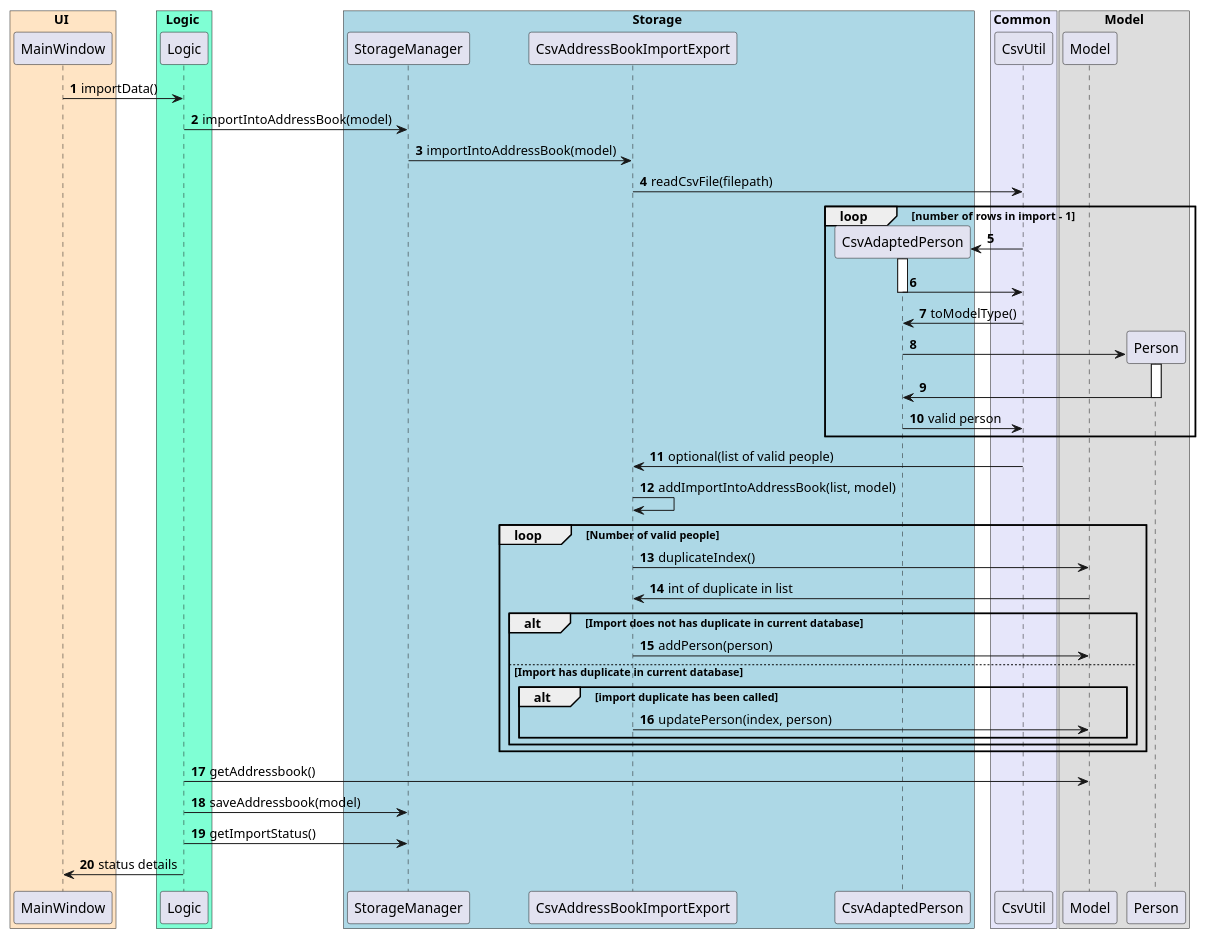
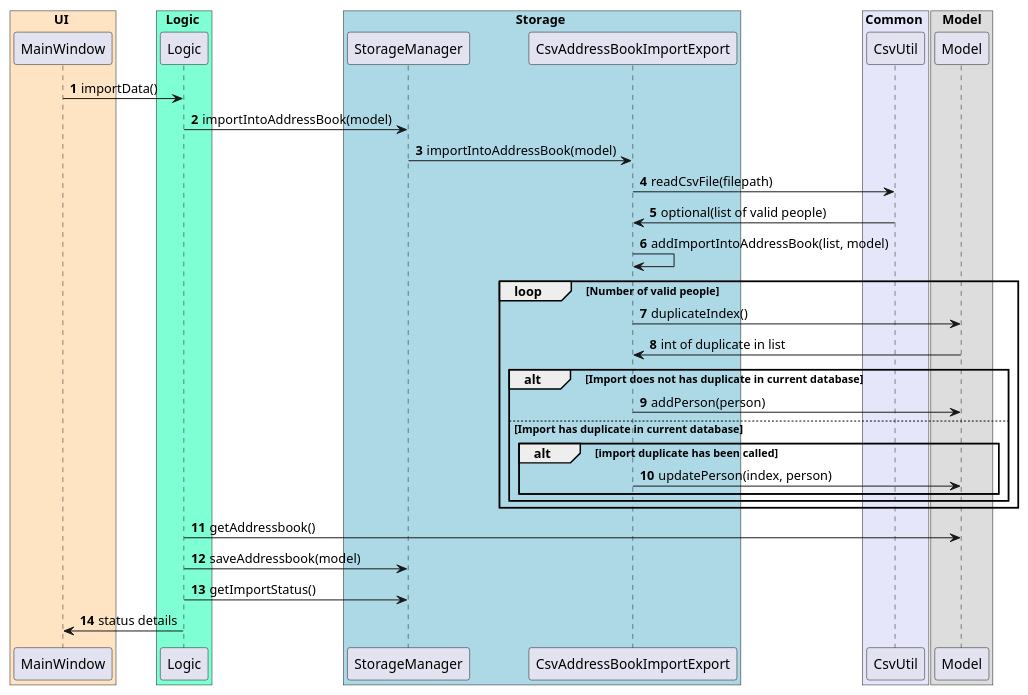
Before and after one commit to pranav-ganesh/tp: the diagram in docs/diagrams/ImportCsvSequenceDiagram.puml, drawn with PlantUML. The commit also changed 10 other files, not shown here.

```diff
--- a/docs/diagrams/ImportCsvSequenceDiagram.puml
+++ b/docs/diagrams/ImportCsvSequenceDiagram.puml
@@ -1,88 +1,68 @@
 @startuml
 'https://plantuml.com/sequence-diagram
 
 autonumber
 
 participant MainWindow
 participant Logic
 participant CsvAddressBookImportExport
 participant CsvUtil
 
-participant CsvAdaptedPerson
+
 participant Model
-participant Person
+
 
 box UI #Bisque
     participant MainWindow
 end box
 
 
 box Logic #AquaMarine
     participant Logic
 end box
 
 box Storage #LightBlue
     participant StorageManager
     participant CsvAddressBookImportExport
-    participant CsvAdaptedPerson
 end box
 box Common #Lavender
     participant CsvUtil
 end box
 
 
 box Model
     participant Model
-    participant Person
 end box
 
 
 
 
 MainWindow -> Logic: importData()
 Logic -> StorageManager: importIntoAddressBook(model)
 StorageManager -> CsvAddressBookImportExport: importIntoAddressBook(model)
 
 CsvAddressBookImportExport -> CsvUtil: readCsvFile(filepath)
-
-loop number of  rows in import - 1
-    create CsvAdaptedPerson
-    CsvUtil -> CsvAdaptedPerson
-    activate CsvAdaptedPerson
-
-    CsvAdaptedPerson -> CsvUtil
-    deactivate CsvAdaptedPerson
-
-    CsvUtil -> CsvAdaptedPerson: toModelType()
-
-    create Person
-    CsvAdaptedPerson -> Person
-    activate Person
-    Person -> CsvAdaptedPerson
-    deactivate Person
-    CsvUtil <- CsvAdaptedPerson: valid person
-    end
 
 CsvAddressBookImportExport <- CsvUtil: optional(list of valid people)
 CsvAddressBookImportExport -> CsvAddressBookImportExport: addImportIntoAddressBook(list, model)
 
 loop Number of valid people
     CsvAddressBookImportExport  -> Model : duplicateIndex()
 
     CsvAddressBookImportExport <- Model : int of duplicate in list
     alt Import does not has duplicate in current database
         CsvAddressBookImportExport ->  Model: addPerson(person)
     else Import has duplicate in current database
         alt import duplicate has been called
                     CsvAddressBookImportExport ->  Model: updatePerson(index, person)
         end
     end
     end
 
 Logic -> Model: getAddressbook()
 Logic -> StorageManager: saveAddressbook(model)
 Logic -> StorageManager: getImportStatus()
 
 MainWindow <- Logic: status details
 
 @enduml
```
